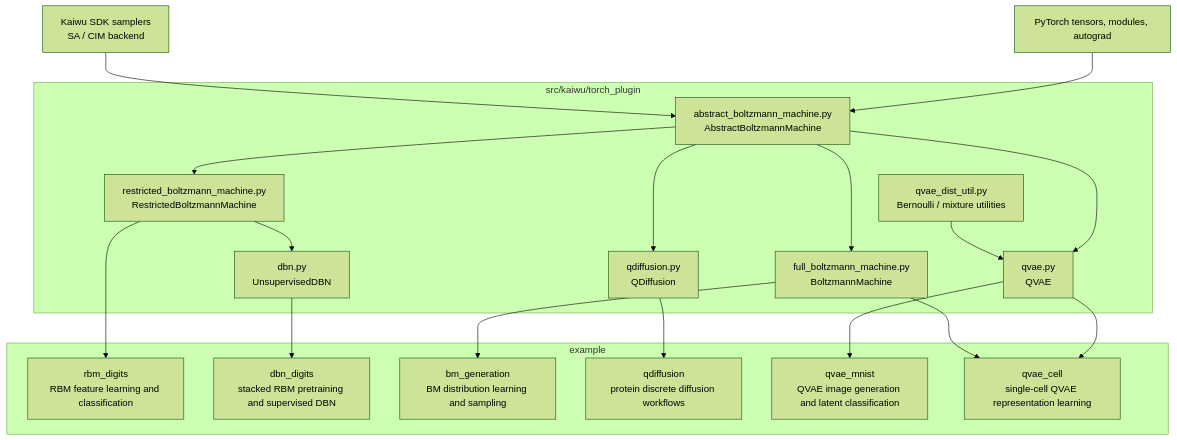
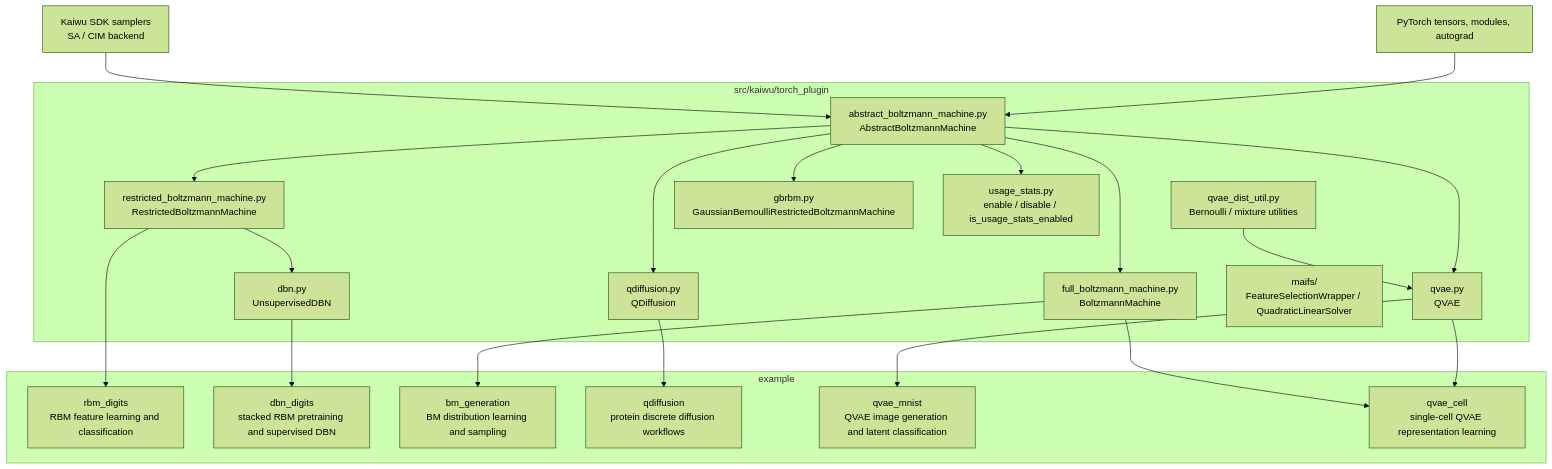
The diagram in README.md (qboson/kaiwu-pytorch-plugin), drawn with Mermaid (forest theme) before and after one commit. The commit also changed other lines of this file and 2 other files, not shown here.

Commit message:
docs(readme): list the missing public modules in the architecture diagram
Both READMEs present the mermaid diagram as the project file structure, but it
omits three public modules: gbrbm.py
(GaussianBernoulliRestrictedBoltzmannMachine), the maifs/ package
(FeatureSelectionWrapper, QuadraticLinearSolver), and usage_stats.py.

Add the three nodes and their abstract-module edges, and pin the diagram with
tests/test_readme_architecture_diagram.py: every non-empty public module in
src/kaiwu/torch_plugin must appear in both diagrams, and maifs/ must be listed.

RED: the new tests fail 3/3 on the unpatched READMEs. GREEN: 3 passed; full
suite 64 passed / 4 skipped; pylint 10.00/10.

````diff
--- a/README.md
+++ b/README.md
@@ -15,41 +15,46 @@
 ```mermaid
 flowchart TD
     torch[PyTorch tensors, modules, autograd]
     kaiwu[Kaiwu SDK samplers<br/>SA / CIM backend]
 
     subgraph plugin["src/kaiwu/torch_plugin"]
         abm["abstract_boltzmann_machine.py<br/>AbstractBoltzmannMachine"]
         bm["full_boltzmann_machine.py<br/>BoltzmannMachine"]
         rbm["restricted_boltzmann_machine.py<br/>RestrictedBoltzmannMachine"]
         qvae["qvae.py<br/>QVAE"]
         qdiff["qdiffusion.py<br/>QDiffusion"]
         dist["qvae_dist_util.py<br/>Bernoulli / mixture utilities"]
         dbn["dbn.py<br/>UnsupervisedDBN"]
+        gbrbm["gbrbm.py<br/>GaussianBernoulliRestrictedBoltzmannMachine"]
+        maifs["maifs/<br/>FeatureSelectionWrapper / QuadraticLinearSolver"]
+        usage["usage_stats.py<br/>enable / disable / is_usage_stats_enabled"]
     end
 
     torch --> abm
     kaiwu --> abm
     abm --> bm
     abm --> rbm
     abm --> qvae
     abm --> qdiff
+    abm --> gbrbm
+    abm --> usage
     dist --> qvae
     rbm --> dbn
 
     subgraph examples["example"]
         rbm_digits["rbm_digits<br/>RBM feature learning and classification"]
         dbn_digits["dbn_digits<br/>stacked RBM pretraining and supervised DBN"]
         bm_generation["bm_generation<br/>BM distribution learning and sampling"]
         qdiffusion["qdiffusion<br/>protein discrete diffusion workflows"]
         qvae_mnist["qvae_mnist<br/>QVAE image generation and latent classification"]
         qvae_cell["qvae_cell<br/>single-cell QVAE representation learning"]
     end
 
     rbm --> rbm_digits
     dbn --> dbn_digits
     bm --> bm_generation
     qdiff --> qdiffusion
     qvae --> qvae_mnist
     qvae --> qvae_cell
     bm --> qvae_cell
 ```
````
